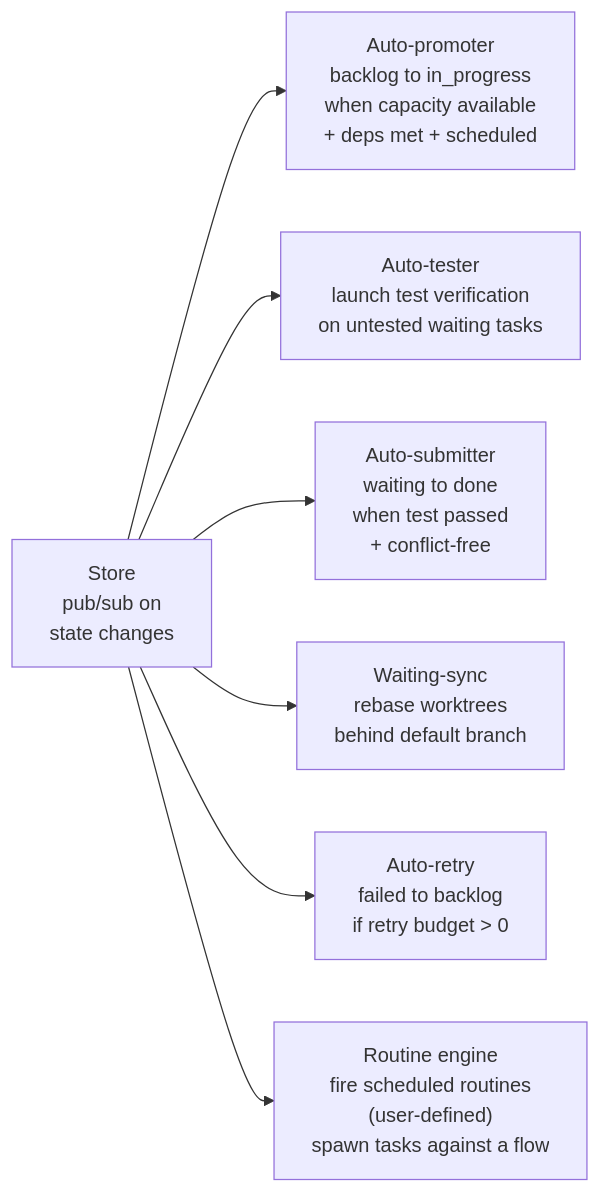
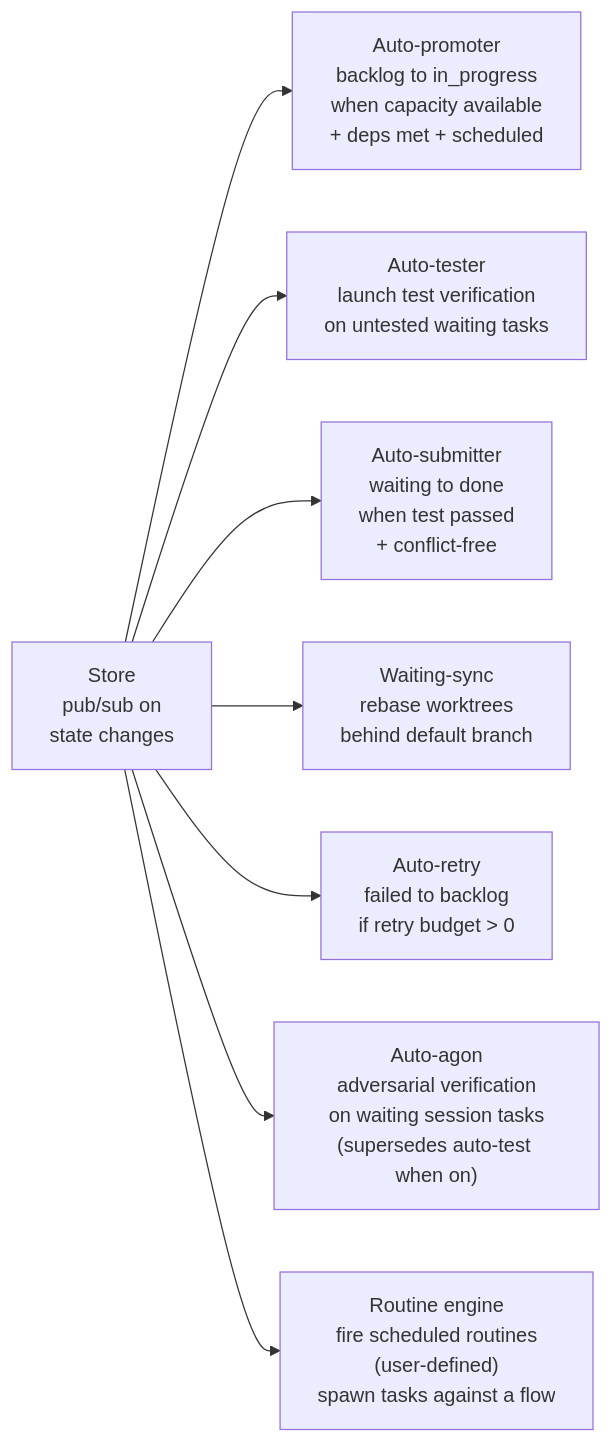
Before and after one commit to changkun/wallfacer: the fourth of 6 diagrams in docs/internals/architecture.md, drawn with Mermaid. The commit also changed other lines of this file and 55 other files, not shown here.

````diff
--- a/docs/internals/architecture.md
+++ b/docs/internals/architecture.md
@@ -128,11 +128,12 @@
 ```mermaid
 flowchart LR
     PubSub["Store<br/>pub/sub on<br/>state changes"]
 
     PubSub --> Promoter["Auto-promoter<br/>backlog to in_progress<br/>when capacity available<br/>+ deps met + scheduled"]
     PubSub --> Tester["Auto-tester<br/>launch test verification<br/>on untested waiting tasks"]
     PubSub --> Submitter["Auto-submitter<br/>waiting to done<br/>when test passed<br/>+ conflict-free"]
     PubSub --> Sync["Waiting-sync<br/>rebase worktrees<br/>behind default branch"]
     PubSub --> Retry["Auto-retry<br/>failed to backlog<br/>if retry budget > 0"]
+    PubSub --> Agon["Auto-agon<br/>adversarial verification<br/>on waiting session tasks<br/>(supersedes auto-test when on)"]
     PubSub --> Routines["Routine engine<br/>fire scheduled routines<br/>(user-defined)<br/>spawn tasks against a flow"]
 ```
````
